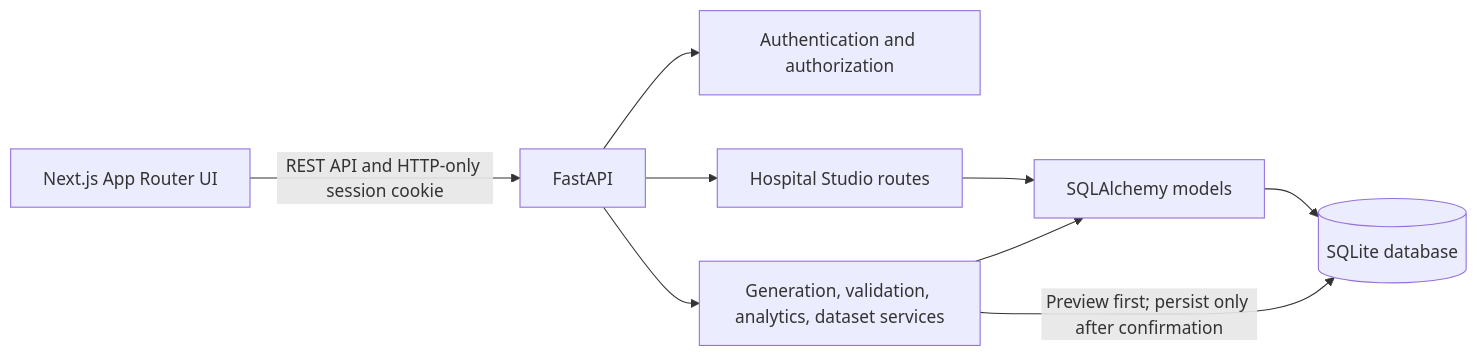
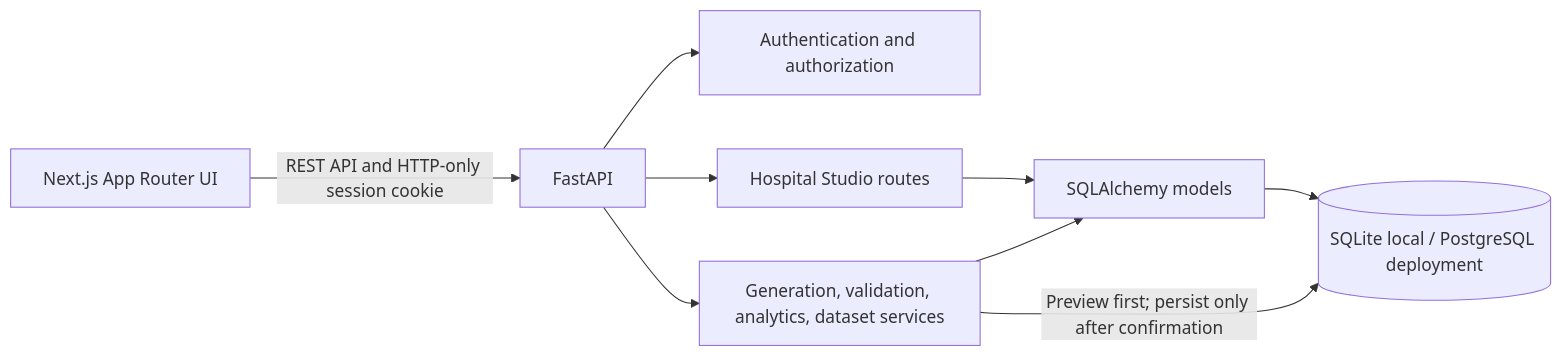
The diagram in README.md (humaira-tasneem/bedsynth-ai), drawn with Mermaid before and after one commit. The commit also changed other lines of this file and 6 other files, not shown here.

Commit message:
Add PostgreSQL support for Neon deployment

````diff
--- a/README.md
+++ b/README.md
@@ -52,11 +52,11 @@
 ```mermaid
 flowchart LR
     Browser[Next.js App Router UI] -->|REST API and HTTP-only session cookie| API[FastAPI]
     API --> Auth[Authentication and authorization]
     API --> Hospital[Hospital Studio routes]
     API --> Operations[Generation, validation, analytics, dataset services]
     Hospital --> ORM[SQLAlchemy models]
     Operations --> ORM
-    ORM --> DB[(SQLite database)]
+    ORM --> DB[(SQLite local / PostgreSQL deployment)]
     Operations -->|Preview first; persist only after confirmation| DB
 ```
````
